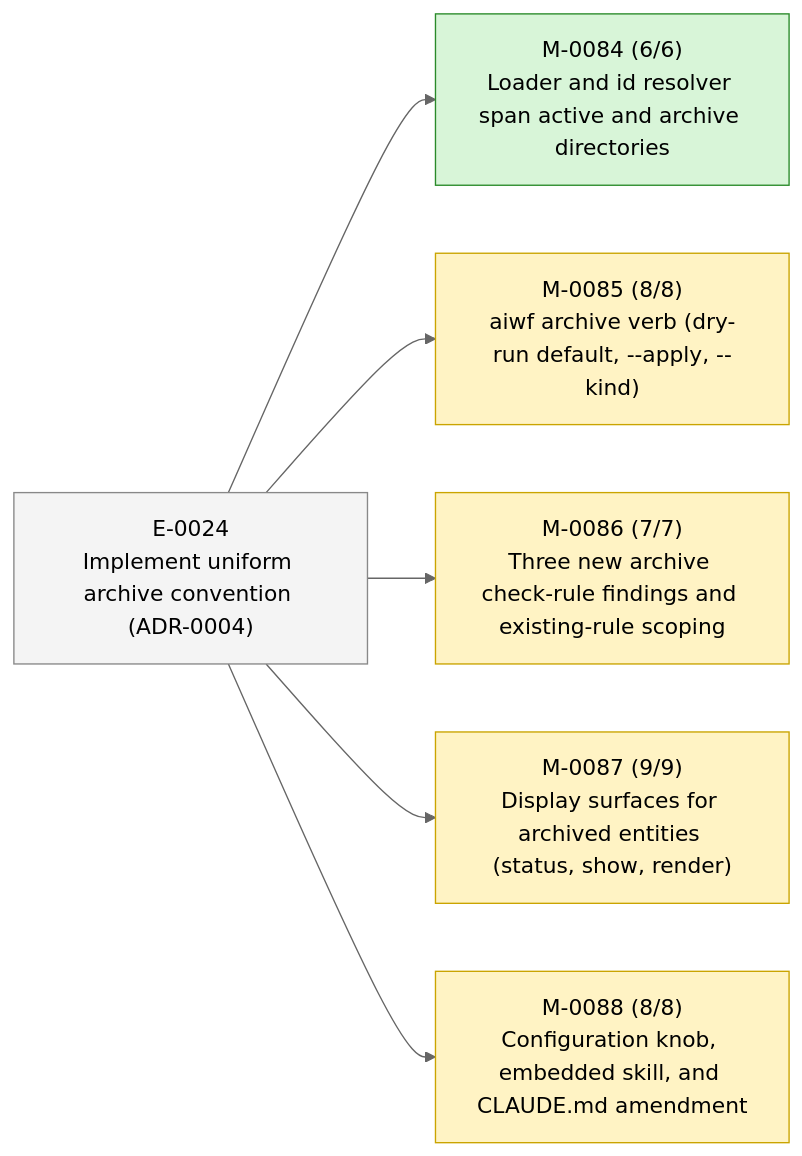
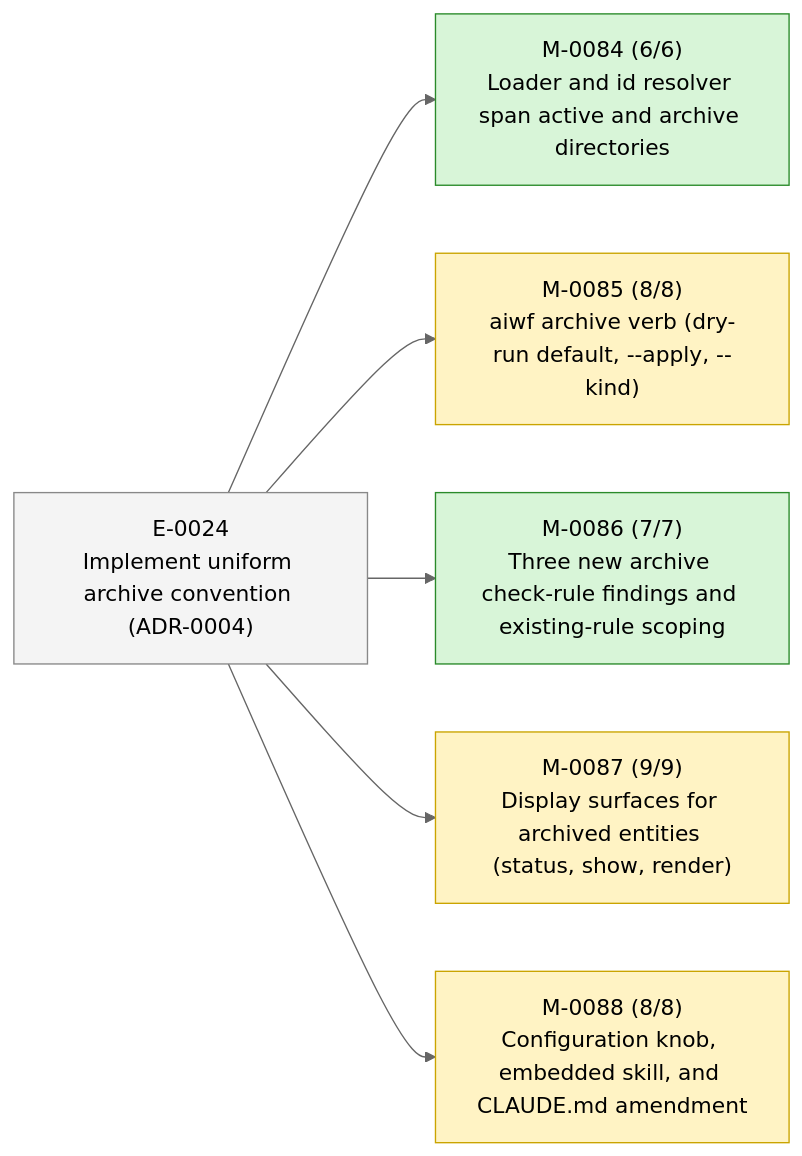
The second of 2 diagrams in STATUS.md (23min/aiwf), drawn with Mermaid (neutral theme) before and after one commit. The commit also changed other lines of this file and 1 other file, not shown here.

First line of the commit message:
aiwf promote M-0086 in_progress -> done

````diff
--- a/STATUS.md
+++ b/STATUS.md
@@ -49,20 +49,20 @@
 ```mermaid
 flowchart LR
   E_0024["E-0024<br/>Implement uniform archive convention (ADR-0004)"]:::epic_proposed
   M_0084["M-0084 (6/6)<br/>Loader and id resolver span active and archive directories"]:::ms_done
   E_0024 --> M_0084
   M_0085["M-0085 (8/8)<br/>aiwf archive verb (dry-run default, --apply, --kind)"]:::ms_in_progress
   E_0024 --> M_0085
-  M_0086["M-0086 (7/7)<br/>Three new archive check-rule findings and existing-rule scoping"]:::ms_in_progress
+  M_0086["M-0086 (7/7)<br/>Three new archive check-rule findings and existing-rule scoping"]:::ms_done
   E_0024 --> M_0086
   M_0087["M-0087 (9/9)<br/>Display surfaces for archived entities (status, show, render)"]:::ms_in_progress
   E_0024 --> M_0087
   M_0088["M-0088 (8/8)<br/>Configuration knob, embedded skill, and CLAUDE.md amendment"]:::ms_in_progress
   E_0024 --> M_0088
   classDef epic_active fill:#d6eaff,stroke:#1a73e8,color:#000
   classDef epic_proposed fill:#f4f4f4,stroke:#888,color:#000
   classDef ms_done fill:#d8f5d8,stroke:#2a8a2a,color:#000
   classDef ms_in_progress fill:#fff3c4,stroke:#caa400,color:#000
   classDef ms_draft fill:#f4f4f4,stroke:#888,color:#000
   classDef ms_cancelled fill:#fbeaea,stroke:#c33,color:#000
 ```
````
